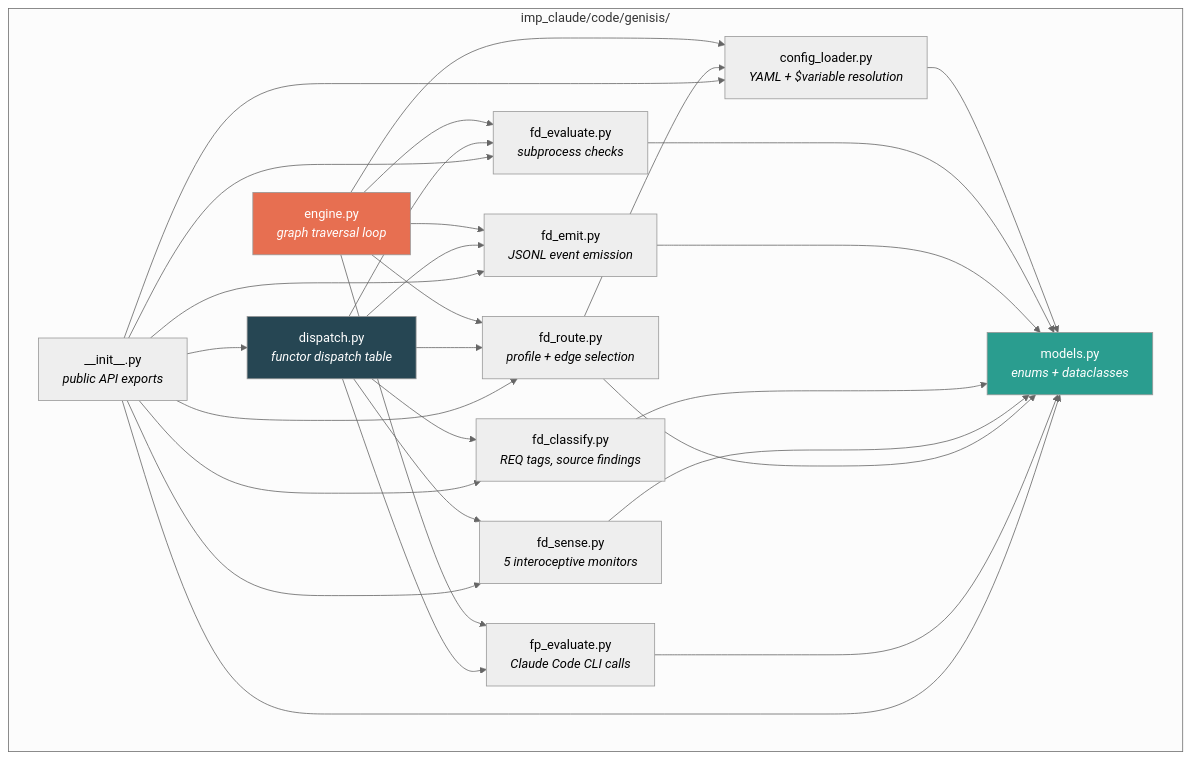
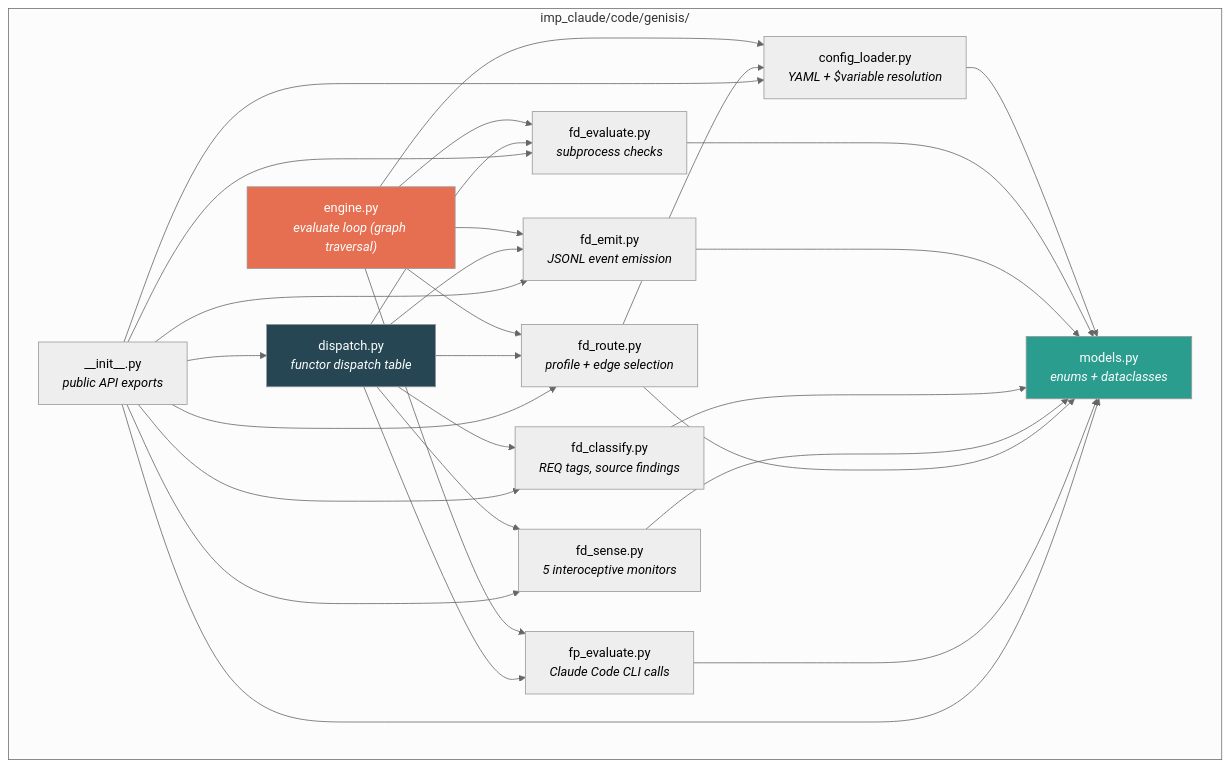
The first of 19 diagrams in imp_claude/design/FUNCTOR_FRAMEWORK_DESIGN.md (foolishimp/ai_sdlc_method), drawn with Mermaid (neutral theme) before and after one commit. The commit also changed other lines of this file, not shown here.

````diff
--- a/imp_claude/design/FUNCTOR_FRAMEWORK_DESIGN.md
+++ b/imp_claude/design/FUNCTOR_FRAMEWORK_DESIGN.md
@@ -62,48 +131,48 @@
 ```mermaid
 graph TD
     subgraph "imp_claude/code/genisis/"
         INIT["__init__.py<br/><i>public API exports</i>"]
         MOD["models.py<br/><i>enums + dataclasses</i>"]
         CL["config_loader.py<br/><i>YAML + $variable resolution</i>"]
         FDE["fd_evaluate.py<br/><i>subprocess checks</i>"]
         FDM["fd_emit.py<br/><i>JSONL event emission</i>"]
         FDC["fd_classify.py<br/><i>REQ tags, source findings</i>"]
         FDS["fd_sense.py<br/><i>5 interoceptive monitors</i>"]
         FDR["fd_route.py<br/><i>profile + edge selection</i>"]
         FPE["fp_evaluate.py<br/><i>Claude Code CLI calls</i>"]
         DIS["dispatch.py<br/><i>functor dispatch table</i>"]
-        ENG["engine.py<br/><i>graph traversal loop</i>"]
+        ENG["engine.py<br/><i>evaluate loop (graph traversal)</i>"]
     end
 
     ENG --> CL
     ENG --> FDE
     ENG --> FPE
     ENG --> FDM
     ENG --> FDR
     DIS --> FDE
     DIS --> FDC
     DIS --> FDS
     DIS --> FDM
     DIS --> FDR
     DIS --> FPE
     CL --> MOD
     FDE --> MOD
     FDM --> MOD
     FDC --> MOD
     FDS --> MOD
     FDR --> MOD
     FDR --> CL
     FPE --> MOD
     INIT --> MOD
     INIT --> CL
     INIT --> FDE
     INIT --> FDM
     INIT --> FDC
     INIT --> FDS
     INIT --> FDR
     INIT --> DIS
 
     style ENG fill:#e76f51,color:#fff
     style DIS fill:#264653,color:#fff
     style MOD fill:#2a9d8f,color:#fff
 ```
````
